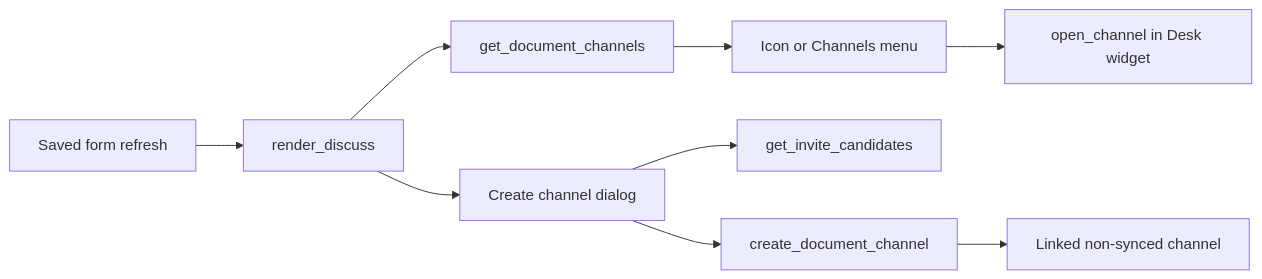
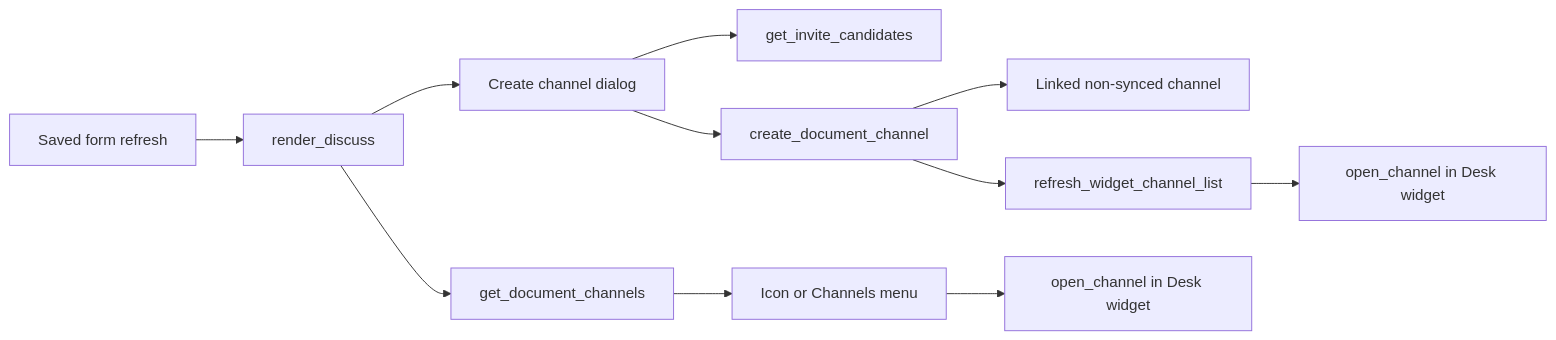
One commit to Dinext-pro/dinext-raven changed the second of 3 diagrams in README.md. Above: the diagram before and after it, drawn with Mermaid. The commit also changed other lines of this file and 4 other files, not shown here.

Commit message:
Create channel новый канал сразу открывается в виджете Raven, без перезагрузки страницы.

````diff
--- a/README.md
+++ b/README.md
@@ -392,11 +396,13 @@
 ```mermaid
 flowchart LR
   form["Saved form refresh"] --> discuss["render_discuss"]
   discuss --> listApi["get_document_channels"]
   discuss --> createUi["Create channel dialog"]
   createUi --> candidates["get_invite_candidates"]
   createUi --> createApi["create_document_channel"]
   createApi --> linked["Linked non-synced channel"]
+  createApi --> refresh["refresh_widget_channel_list"]
+  refresh --> openCreated["open_channel in Desk widget"]
   listApi --> openBtn["Icon or Channels menu"]
   openBtn --> widget["open_channel in Desk widget"]
 ```
````
